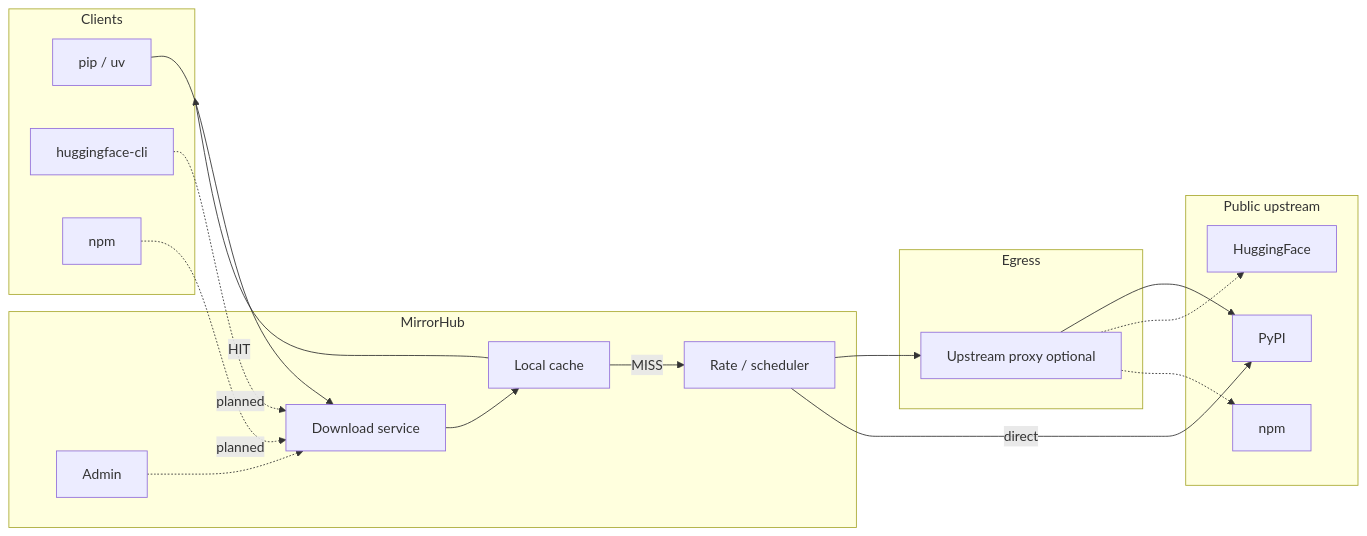
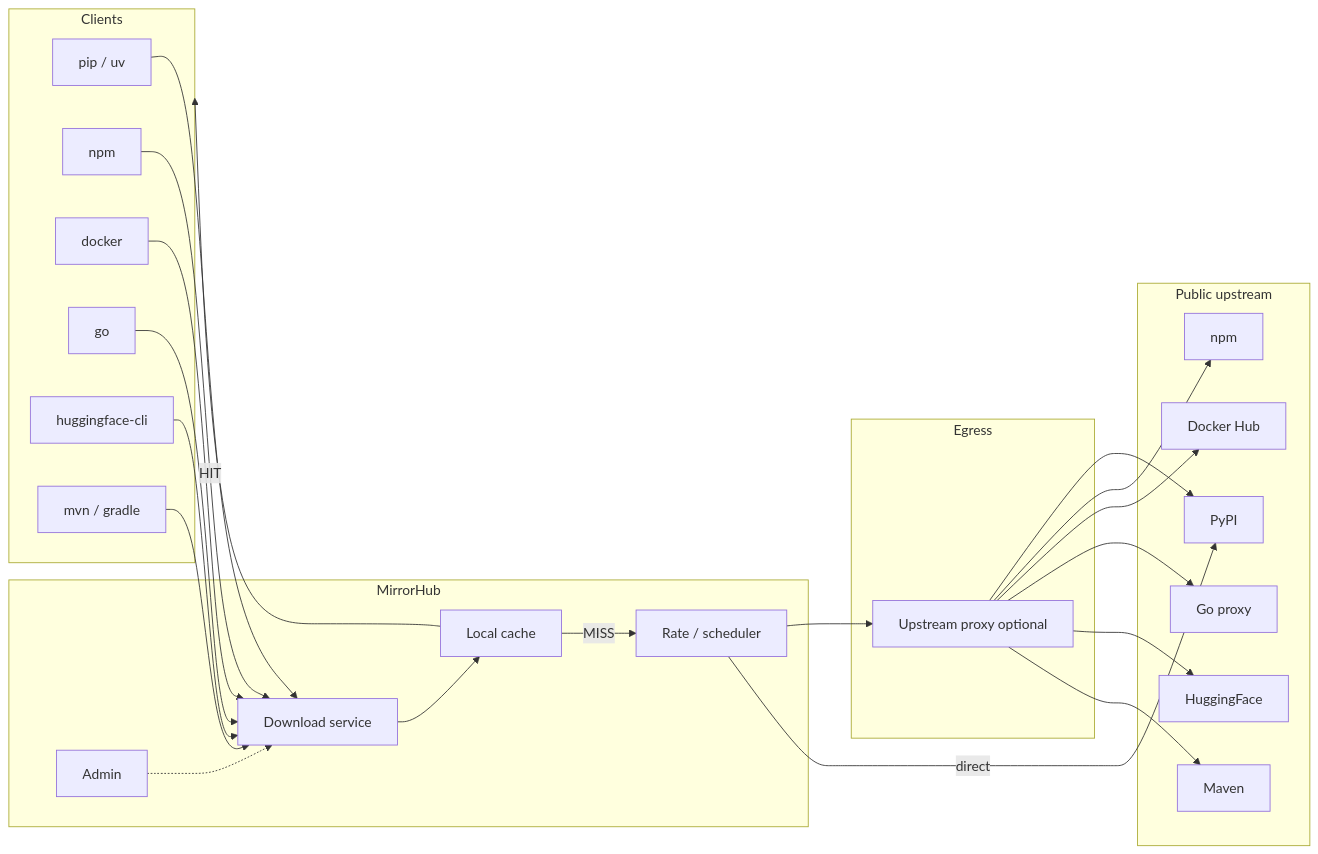
The diagram in README.md (nihaoyanzu/mirrorhub), drawn with Mermaid before and after one commit. The commit also changed other lines of this file and 1 other file, not shown here.

````diff
--- a/README.md
+++ b/README.md
@@ -140,38 +140,50 @@
 ```mermaid
 flowchart LR
   subgraph clients [Clients]
     PIP[pip / uv]
+    NPM[npm]
+    DOCKER[docker]
+    GO[go]
     HF[huggingface-cli]
-    NPM[npm]
+    MVN[mvn / gradle]
   end
 
   subgraph mh [MirrorHub]
     DL[Download service]
     ADM[Admin]
     CACHE[Local cache]
     RATE[Rate / scheduler]
   end
 
   subgraph out [Egress]
     UP[Upstream proxy optional]
   end
 
   subgraph remote [Public upstream]
     PYPI[PyPI]
+    NPMREG[npm]
+    DREG[Docker Hub]
+    GOMOD[Go proxy]
     HFHUB[HuggingFace]
-    NPMREG[npm]
+    MAVEN[Maven]
   end
 
   PIP --> DL
-  HF -.->|planned| DL
-  NPM -.->|planned| DL
+  NPM --> DL
+  DOCKER --> DL
+  GO --> DL
+  HF --> DL
+  MVN --> DL
   ADM -.-> DL
   DL --> CACHE
   CACHE -->|MISS| RATE
   RATE --> UP
   UP --> PYPI
-  UP -.-> HFHUB
-  UP -.-> NPMREG
+  UP --> NPMREG
+  UP --> DREG
+  UP --> GOMOD
+  UP --> HFHUB
+  UP --> MAVEN
   RATE -->|direct| PYPI
   CACHE -->|HIT| clients
 ```
````
